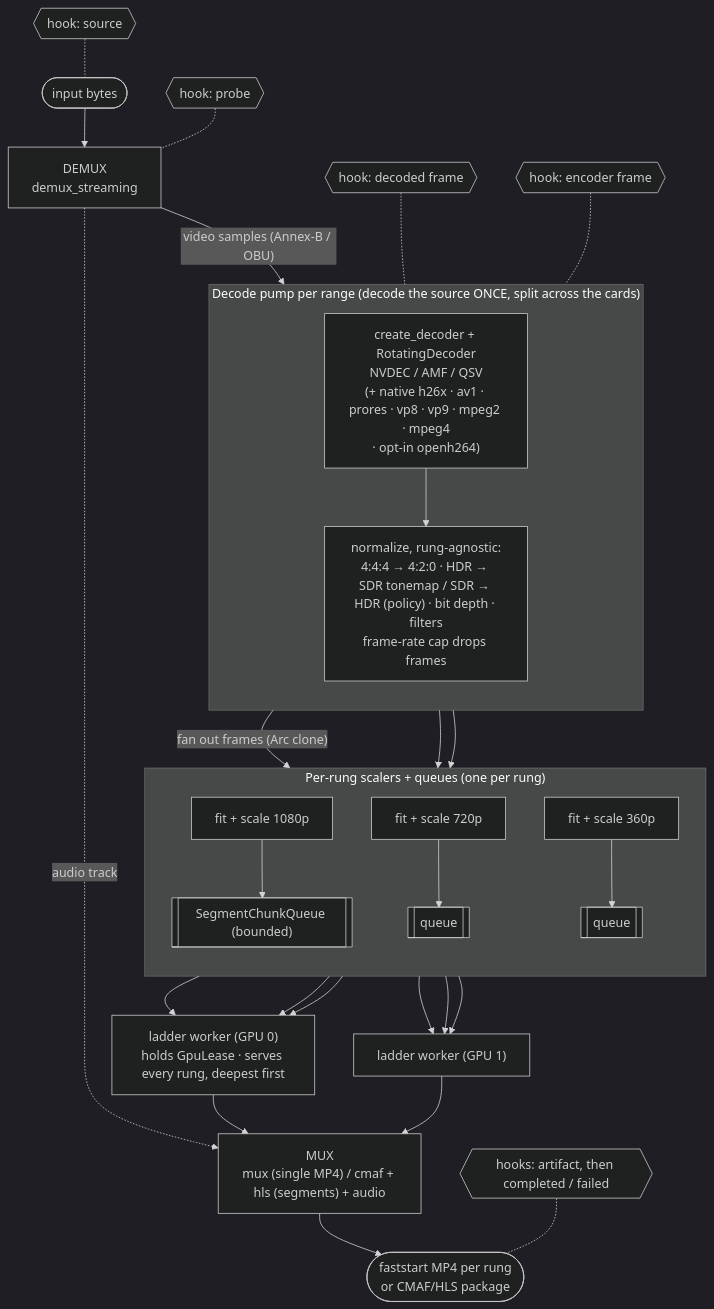
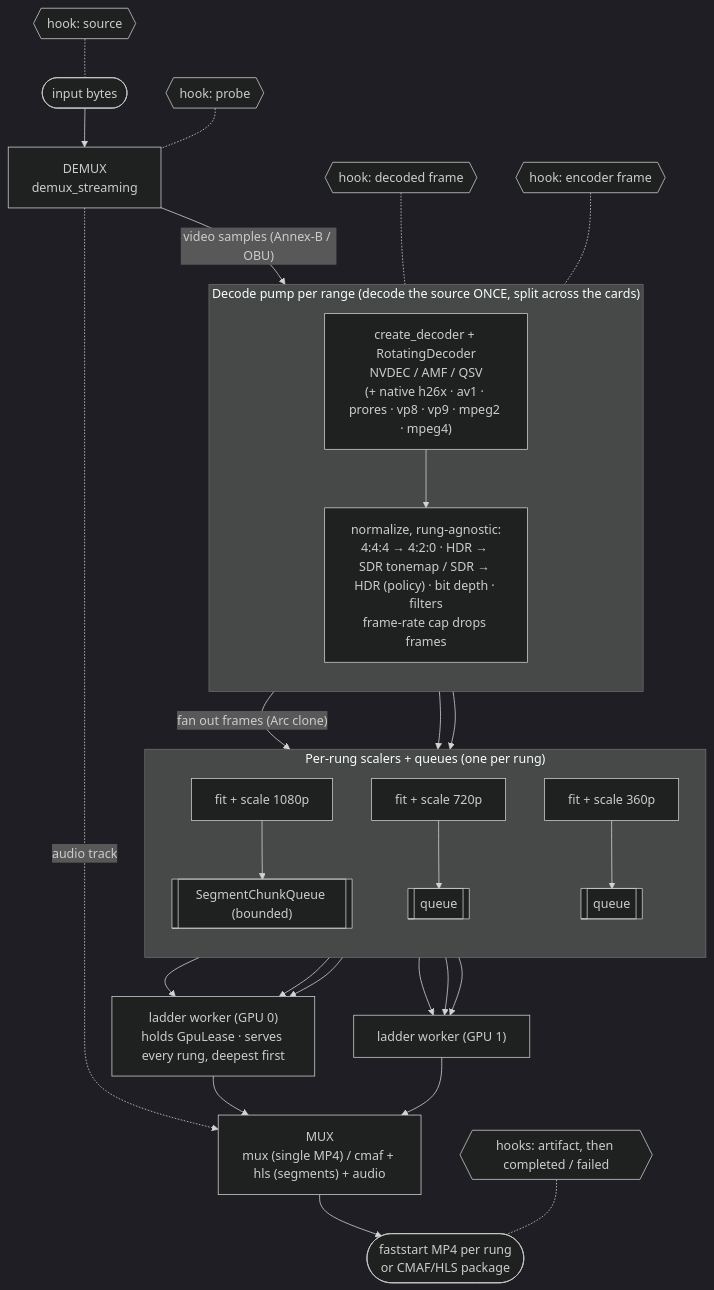
One commit to rivet-transcoder/rivet changed the first of 2 diagrams in docs/pipeline.md. Above: the diagram before and after it, drawn with Mermaid (dark theme). The commit also changed other lines of this file and 9 other files, not shown here.

````diff
--- a/docs/pipeline.md
+++ b/docs/pipeline.md
@@ -46,42 +46,42 @@
 ```mermaid
 flowchart TD
     IN([input bytes]) --> DEMUX["DEMUX<br/>demux_streaming"]
     DEMUX -.->|audio track| MUX
     DEMUX -->|"video samples (Annex-B / OBU)"| DEC
 
     subgraph PUMP["Decode pump per range (decode the source ONCE, split across the cards)"]
         direction TB
-        DEC["create_decoder + RotatingDecoder<br/>NVDEC / AMF / QSV<br/>(+ native h26x · av1 · prores · vp8 · vp9 · mpeg2 · mpeg4<br/>· opt-in openh264)"]
+        DEC["create_decoder + RotatingDecoder<br/>NVDEC / AMF / QSV<br/>(+ native h26x · av1 · prores · vp8 · vp9 · mpeg2 · mpeg4)"]
         DEC --> NORM["normalize, rung-agnostic:<br/>4:4:4 → 4:2:0 · HDR → SDR tonemap / SDR → HDR (policy) · bit depth · filters<br/>frame-rate cap drops frames"]
     end
 
     NORM -->|"fan out frames (Arc clone)"| SC1
     NORM --> SC2
     NORM --> SC3
 
     subgraph SCALERS["Per-rung scalers + queues (one per rung)"]
         direction TB
         SC1["fit + scale 1080p"] --> Q1[["SegmentChunkQueue (bounded)"]]
         SC2["fit + scale 720p"] --> Q2[["queue"]]
         SC3["fit + scale 360p"] --> Q3[["queue"]]
     end
 
     Q1 --> W1["ladder worker (GPU 0)<br/>holds GpuLease · serves every rung, deepest first"]
     Q2 --> W1
     Q3 --> W1
     Q1 --> W2["ladder worker (GPU 1)"]
     Q2 --> W2
     Q3 --> W2
 
     W1 --> MUX
     W2 --> MUX
 
     MUX["MUX<br/>mux (single MP4) / cmaf + hls (segments) + audio"]
     MUX --> OUT([faststart MP4 per rung<br/>or CMAF/HLS package])
 
     HS{{"hook: source"}} -.- IN
     HP{{"hook: probe"}} -.- DEMUX
     HD{{"hook: decoded frame"}} -.- DEC
     HE{{"hook: encoder frame"}} -.- NORM
     HA{{"hooks: artifact, then completed / failed"}} -.- OUT
 ```
````
